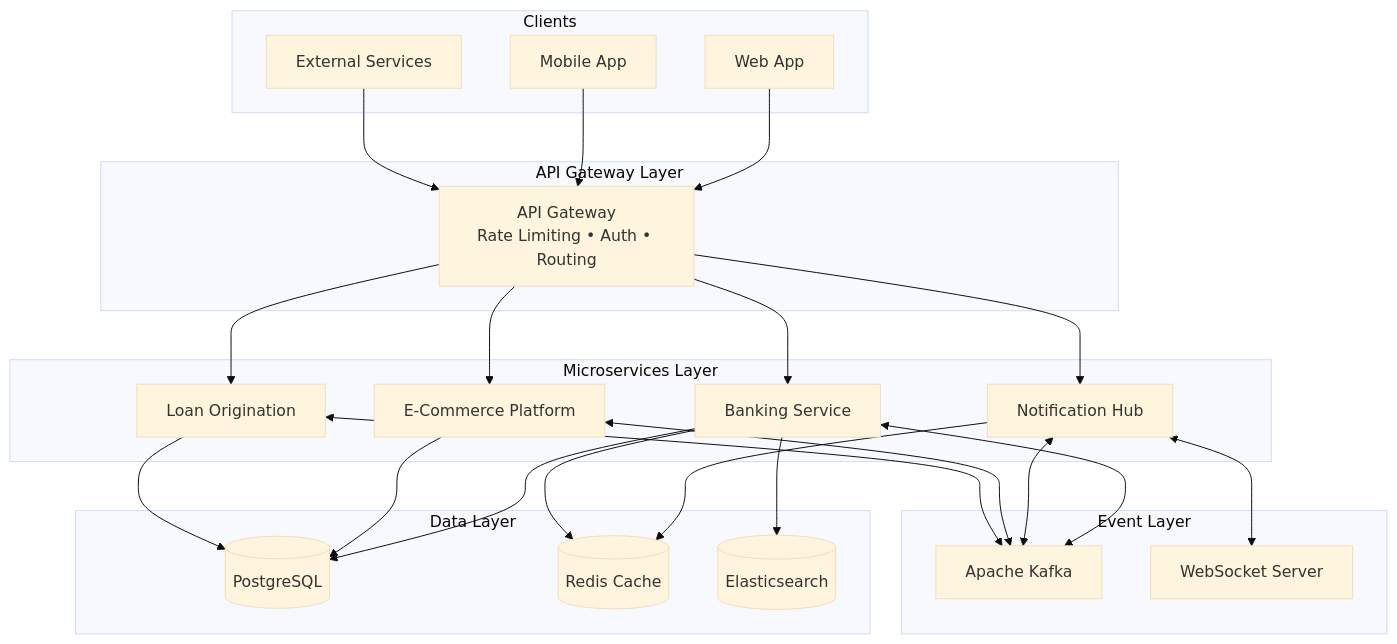
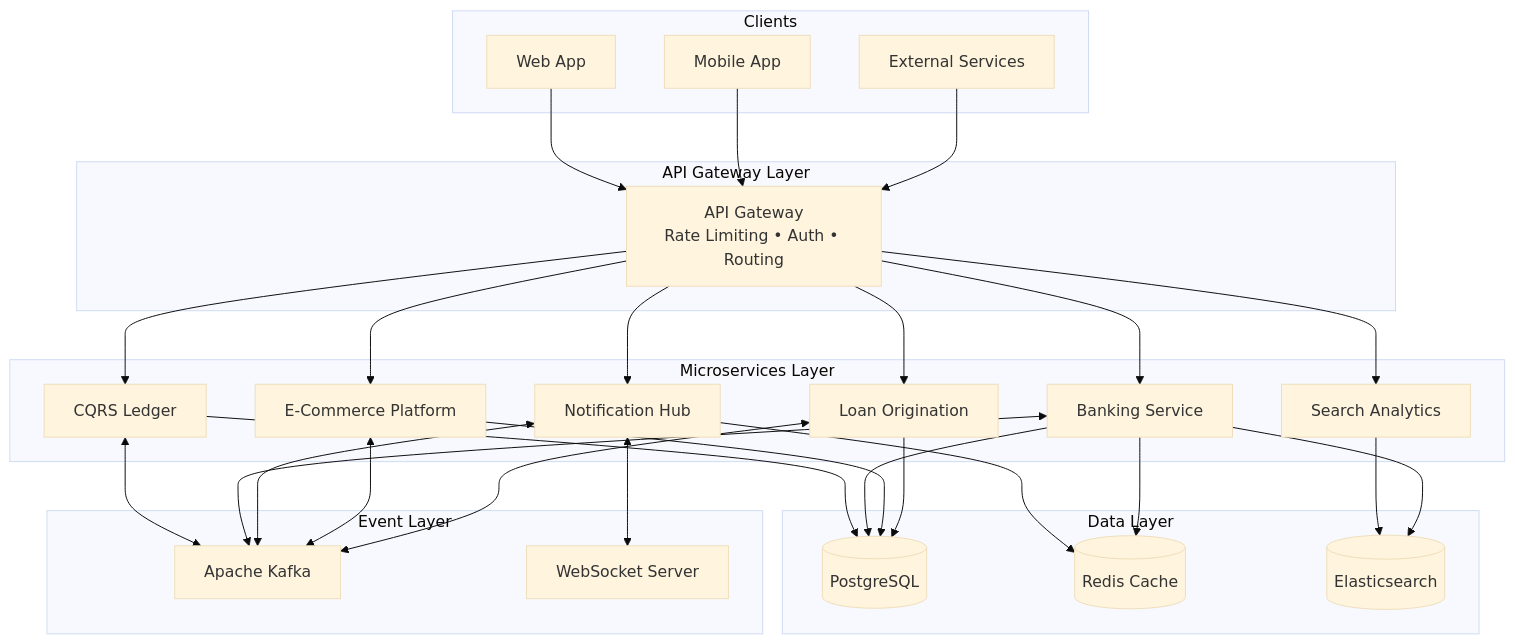
The first of 4 diagrams in README.md (jzavalaq/jzavalaq), drawn with Mermaid (base theme) before and after one commit. The commit also changed other lines of this file, not shown here.

Commit message:
docs: add cqrs-event-sourcing-ledger and search-analytics-elasticsearch-api to featured projects

````diff
--- a/README.md
+++ b/README.md
@@ -29,55 +29,62 @@
 ```mermaid
 flowchart TB
     subgraph Clients
         Web[Web App]
         Mobile[Mobile App]
         External[External Services]
     end
 
     subgraph "API Gateway Layer"
         GW[API Gateway<br/>Rate Limiting • Auth • Routing]
     end
 
     subgraph "Microservices Layer"
+        Ledger[CQRS Ledger]
+        Search[Search Analytics]
         Banking[Banking Service]
         Notification[Notification Hub]
         Commerce[E-Commerce Platform]
         Loan[Loan Origination]
     end
 
     subgraph "Event Layer"
         Kafka[Apache Kafka]
         WebSocket[WebSocket Server]
     end
 
     subgraph "Data Layer"
         PostgreSQL[(PostgreSQL)]
         Redis[(Redis Cache)]
         ES[(Elasticsearch)]
     end
 
     Web --> GW
     Mobile --> GW
     External --> GW
 
+    GW --> Ledger
+    GW --> Search
     GW --> Banking
     GW --> Notification
     GW --> Commerce
     GW --> Loan
 
+    Ledger <--> Kafka
     Banking <--> Kafka
     Notification <--> Kafka
     Commerce <--> Kafka
     Loan <--> Kafka
 
     Notification <--> WebSocket
 
+    Ledger --> PostgreSQL
     Banking --> PostgreSQL
     Commerce --> PostgreSQL
     Loan --> PostgreSQL
 
     Notification --> Redis
     Banking --> Redis
 
+    Search --> ES
     Banking --> ES
 ```
````
